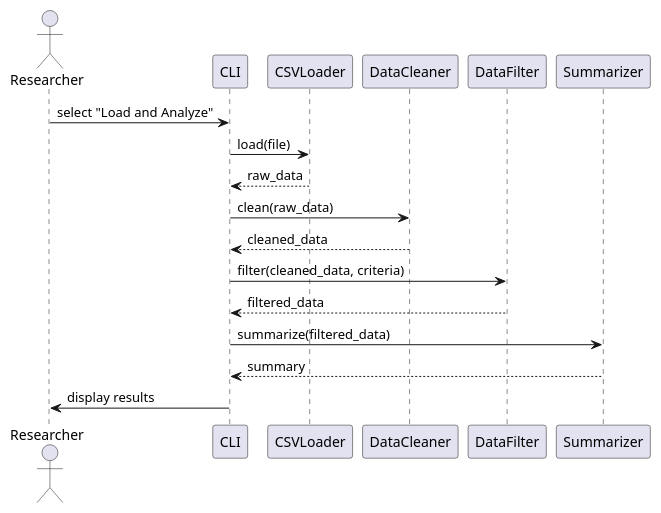
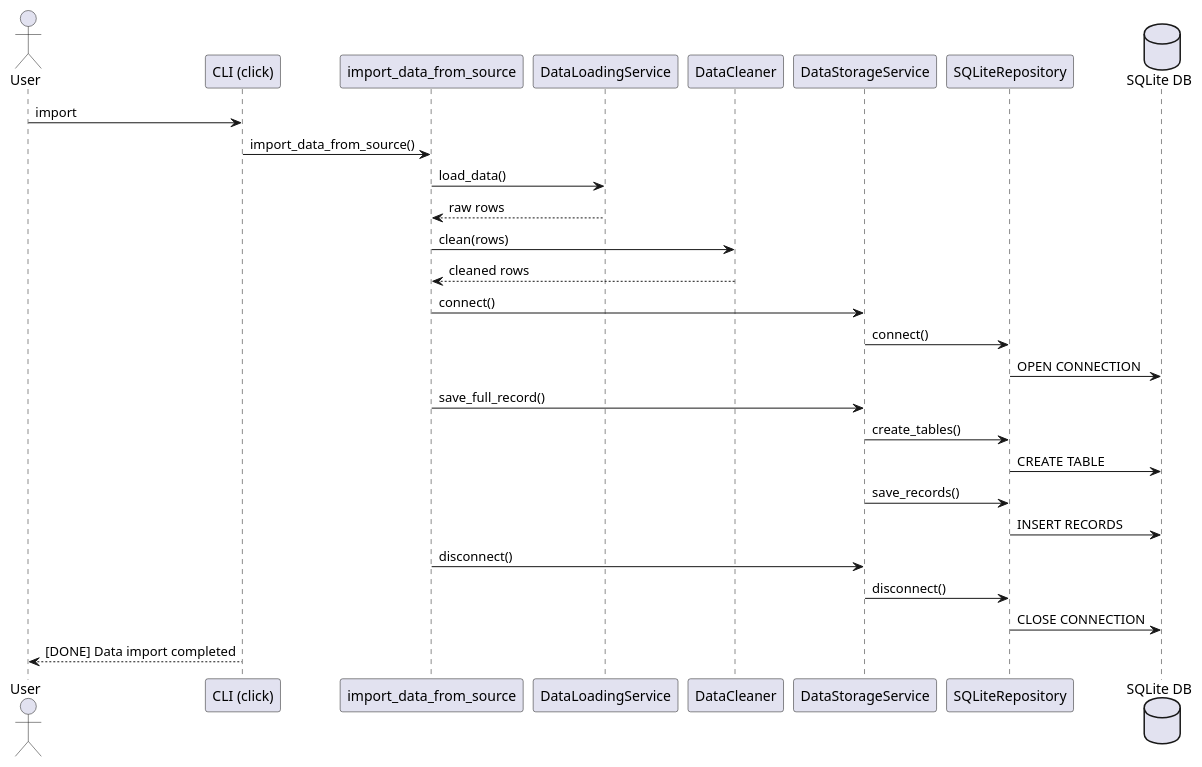
One commit to iconB6/public-health-data-analysis-insight-tool changed the diagram in timing_diagram_sprint1.puml. Above: the diagram before and after it, drawn with PlantUML. The commit also changed 2 other files, not shown here.

```diff
--- a/timing_diagram_sprint1.puml
+++ b/timing_diagram_sprint1.puml
@@ -1,19 +1,37 @@
 @startuml
-actor Researcher
+actor User
+participant "CLI (click)" as CLI
+participant "import_data_from_source" as Importer
+participant "DataLoadingService" as Loader
+participant "DataCleaner" as Cleaner
+participant "DataStorageService" as Storage
+participant "SQLiteRepository" as Repo
+database "SQLite DB" as DB
 
-Researcher -> CLI: select "Load and Analyze"
-CLI -> CSVLoader: load(file)
-CSVLoader --> CLI: raw_data
+User -> CLI : import
+CLI -> Importer : import_data_from_source()
 
-CLI -> DataCleaner: clean(raw_data)
-DataCleaner --> CLI: cleaned_data
+Importer -> Loader : load_data()
+Loader --> Importer : raw rows
 
-CLI -> DataFilter: filter(cleaned_data, criteria)
-DataFilter --> CLI: filtered_data
+Importer -> Cleaner : clean(rows)
+Cleaner --> Importer : cleaned rows
 
-CLI -> Summarizer: summarize(filtered_data)
-Summarizer --> CLI: summary
+Importer -> Storage : connect()
+Storage -> Repo : connect()
+Repo -> DB : OPEN CONNECTION
 
-CLI -> Researcher: display results
+Importer -> Storage : save_full_record()
+Storage -> Repo : create_tables()
+Repo -> DB : CREATE TABLE
+
+Storage -> Repo : save_records()
+Repo -> DB : INSERT RECORDS
+
+Importer -> Storage : disconnect()
+Storage -> Repo : disconnect()
+Repo -> DB : CLOSE CONNECTION
+
+CLI --> User : [DONE] Data import completed
 
 @enduml
```
